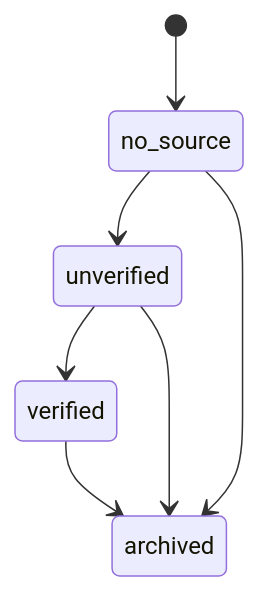
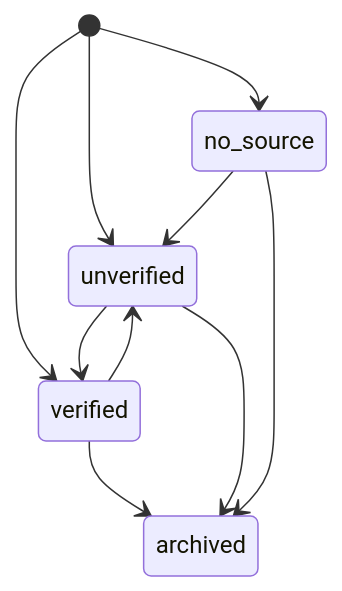
Before and after one commit to chicuongwg/WisdomTree: the fifth of 7 diagrams in docs/flows/state-machines.md, drawn with Mermaid. The commit also changed other lines of this file and 7 other files, not shown here.

Commit message:
docs(flows): model storage-first state machines and user flows

````diff
--- a/docs/flows/state-machines.md
+++ b/docs/flows/state-machines.md
@@ -81,9 +103,12 @@
 ```mermaid
 stateDiagram-v2
     [*] --> no_source
+    [*] --> unverified
+    [*] --> verified
     no_source --> unverified
     unverified --> verified
+    verified --> unverified
     verified --> archived
     unverified --> archived
     no_source --> archived
 ```
````
